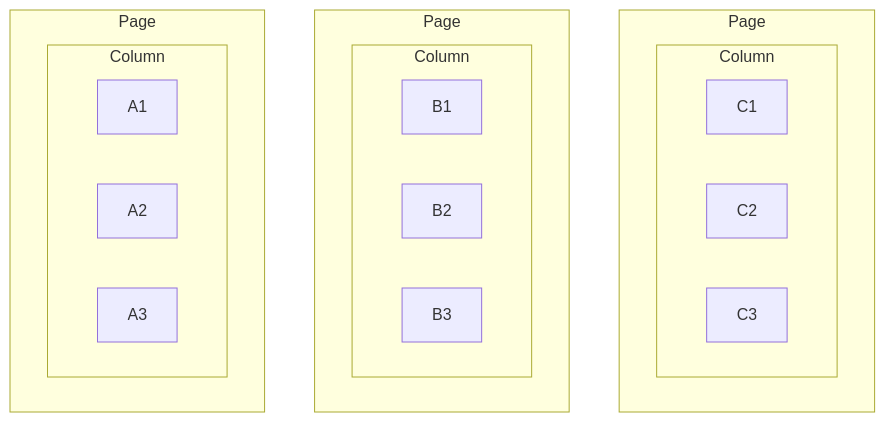
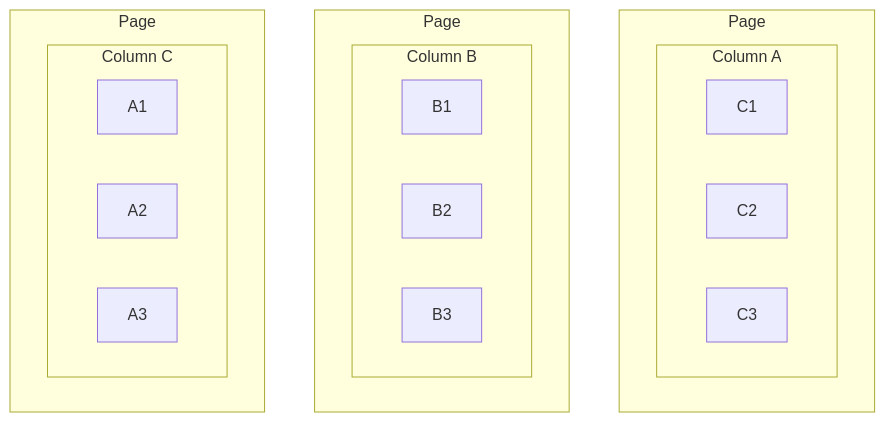
One commit to alexandrehtrb/alexandrehtrb.github.io changed the second of 2 diagrams in src/posts/2024/08/sql-iceberg.md. Above: the diagram before and after it, drawn with Mermaid. The commit also changed other lines of this file and 3 other files, not shown here.

````diff
--- a/src/posts/2024/08/sql-iceberg.md
+++ b/src/posts/2024/08/sql-iceberg.md
@@ -889,30 +891,30 @@
 ```mermaid
 flowchart TB
   subgraph pageC[Page]
-    subgraph columnC[Column]
+    subgraph columnC[Column A]
     direction LR
       direction LR
       C1
       C2
       C3
     end
   end
   subgraph pageB[Page]
-    subgraph columnB[Column]
+    subgraph columnB[Column B]
     direction LR
       direction LR
       B1
       B2
       B3
     end
   end  
   subgraph pageA[Page]
-    subgraph columnA[Column]
+    subgraph columnA[Column C]
     direction LR
       direction LR
       A1
       A2
       A3
     end
   end
 ```
````
